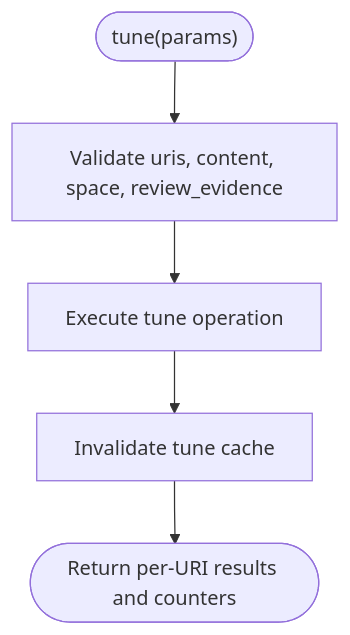
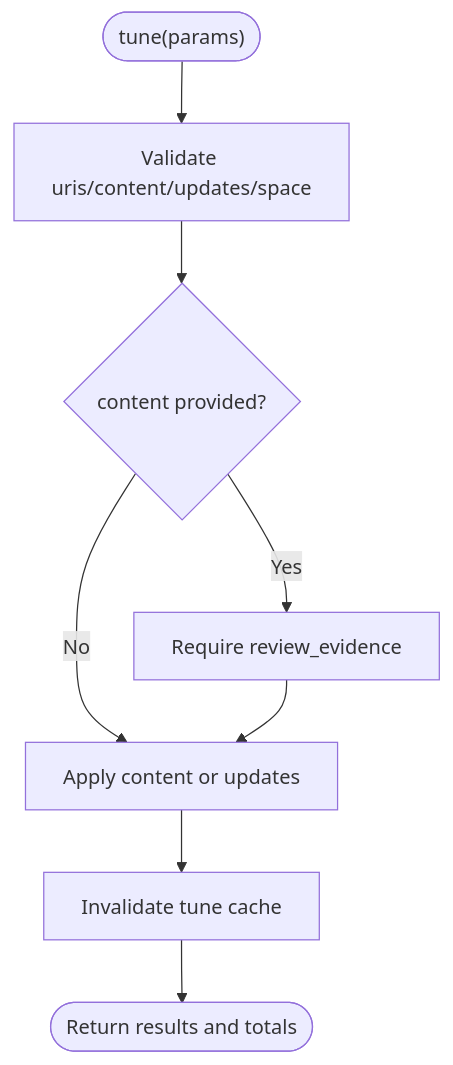
The seventh of 11 diagrams in .qoder/repowiki/en/content/MCP Tools Reference/MCP Tools Reference.md (SquadRules/mcp), drawn with Mermaid before and after one commit. The commit also changed other lines of this file and 553 other files, not shown here.

````diff
--- a/.qoder/repowiki/en/content/MCP Tools Reference/MCP Tools Reference.md
+++ b/.qoder/repowiki/en/content/MCP Tools Reference/MCP Tools Reference.md
@@ -497,7 +407,10 @@
 ```mermaid
 flowchart TD
-Start(["tune(params)"]) --> Validate["Validate uris, content, space, review_evidence"]
-Validate --> Execute["Execute tune operation"]
-Execute --> Invalidate["Invalidate tune cache"]
-Invalidate --> Output(["Return per-URI results and counters"])
+Start(["tune(params)"]) --> Validate["Validate uris/content/updates/space"]
+Validate --> HasContent{"content provided?"}
+HasContent --> |Yes| ReviewEvidence["Require review_evidence"]
+HasContent --> |No| ApplyUpdates["Apply content or updates"]
+ReviewEvidence --> ApplyUpdates
+ApplyUpdates --> InvalidateCache["Invalidate tune cache"]
+InvalidateCache --> Return(["Return results and totals"])
 ```
````
